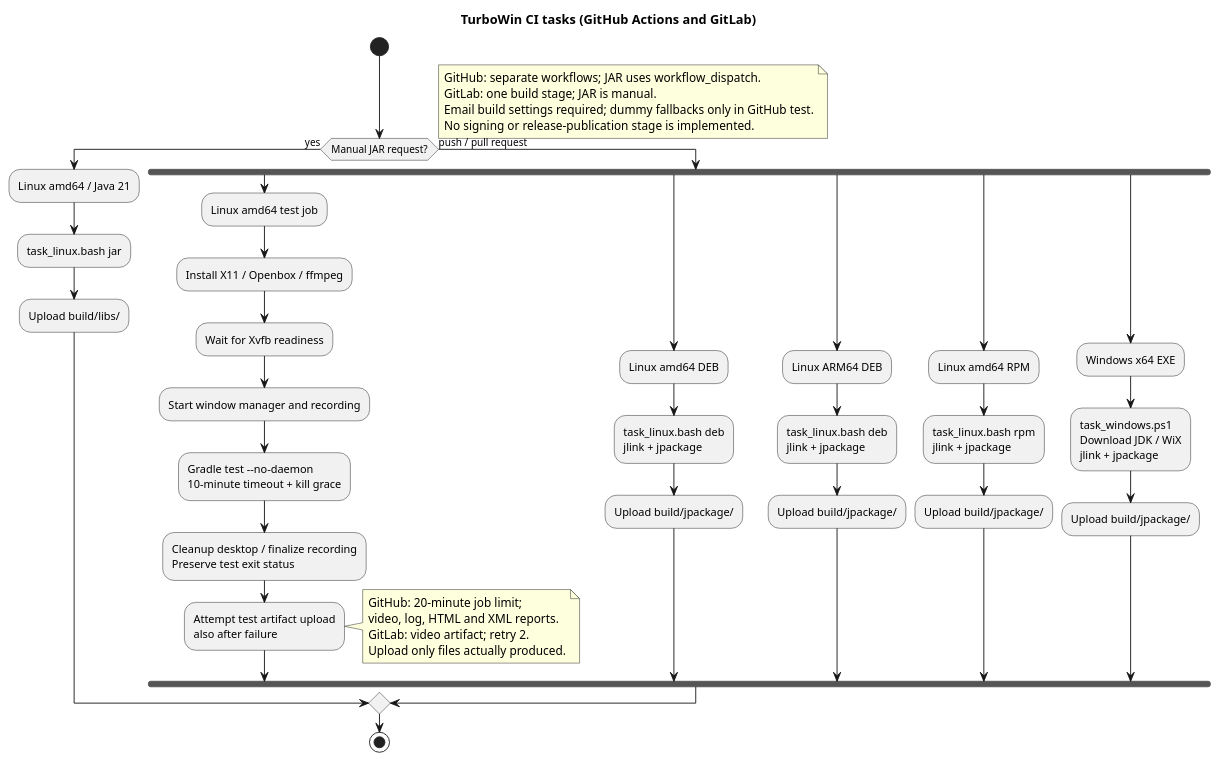
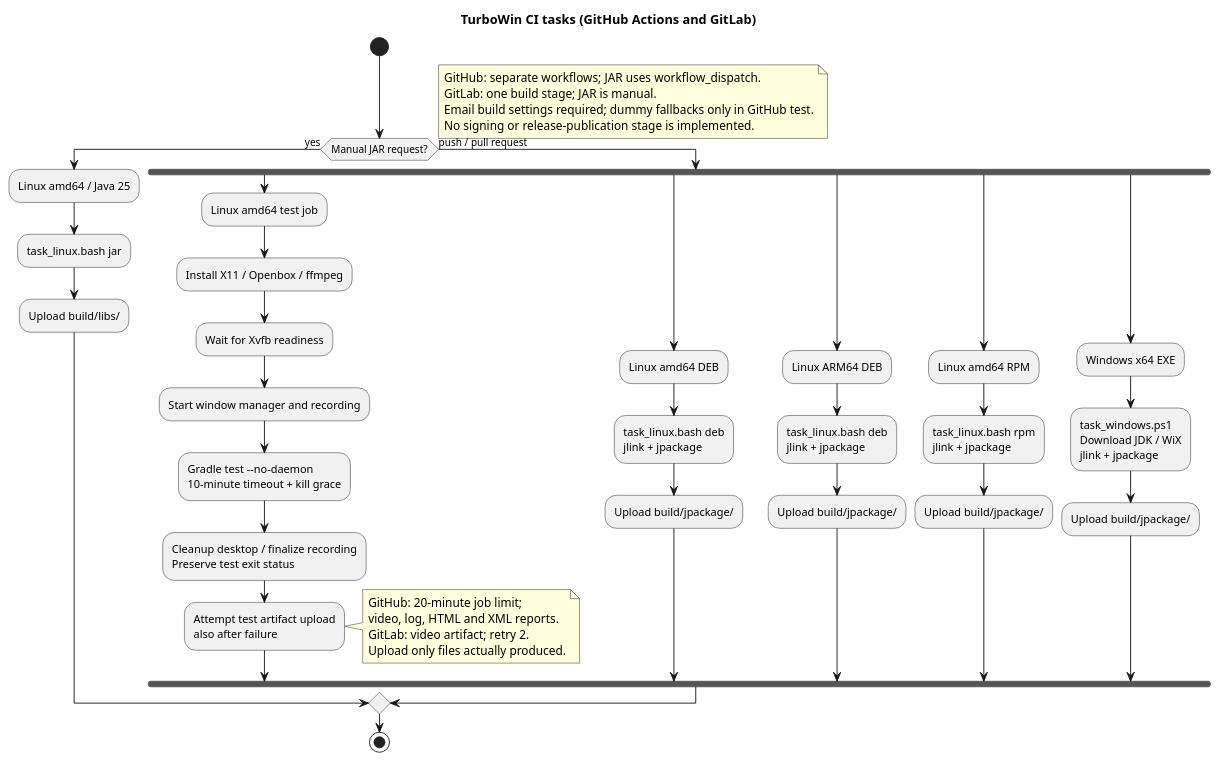
The diagram in documentation/images/07_turbowin_pipeline.puml (DeutscherWetterdienst/turbowin), drawn with PlantUML before and after one commit. The commit also changed 15 other files, not shown here.

```diff
--- a/documentation/images/07_turbowin_pipeline.puml
+++ b/documentation/images/07_turbowin_pipeline.puml
@@ -1,48 +1,48 @@
 @startuml
 title TurboWin CI tasks (GitHub Actions and GitLab)
 start
 if (Manual JAR request?) then (yes)
-  :Linux amd64 / Java 21;
+  :Linux amd64 / Java 25;
   :task_linux.bash jar;
   :Upload build/libs/;
 else (push / pull request)
   fork
     :Linux amd64 test job;
     :Install X11 / Openbox / ffmpeg;
     :Wait for Xvfb readiness;
     :Start window manager and recording;
     :Gradle test --no-daemon\n10-minute timeout + kill grace;
     :Cleanup desktop / finalize recording\nPreserve test exit status;
     :Attempt test artifact upload\nalso after failure;
     note right
       GitHub: 20-minute job limit;
       video, log, HTML and XML reports.
       GitLab: video artifact; retry 2.
       Upload only files actually produced.
     end note
   fork again
     :Linux amd64 DEB;
     :task_linux.bash deb\njlink + jpackage;
     :Upload build/jpackage/;
   fork again
     :Linux ARM64 DEB;
     :task_linux.bash deb\njlink + jpackage;
     :Upload build/jpackage/;
   fork again
     :Linux amd64 RPM;
     :task_linux.bash rpm\njlink + jpackage;
     :Upload build/jpackage/;
   fork again
     :Windows x64 EXE;
     :task_windows.ps1\nDownload JDK / WiX\njlink + jpackage;
     :Upload build/jpackage/;
   end fork
 endif
 note right
   GitHub: separate workflows; JAR uses workflow_dispatch.
   GitLab: one build stage; JAR is manual.
   Email build settings required; dummy fallbacks only in GitHub test.
   No signing or release-publication stage is implemented.
 end note
 stop
 @enduml
```
